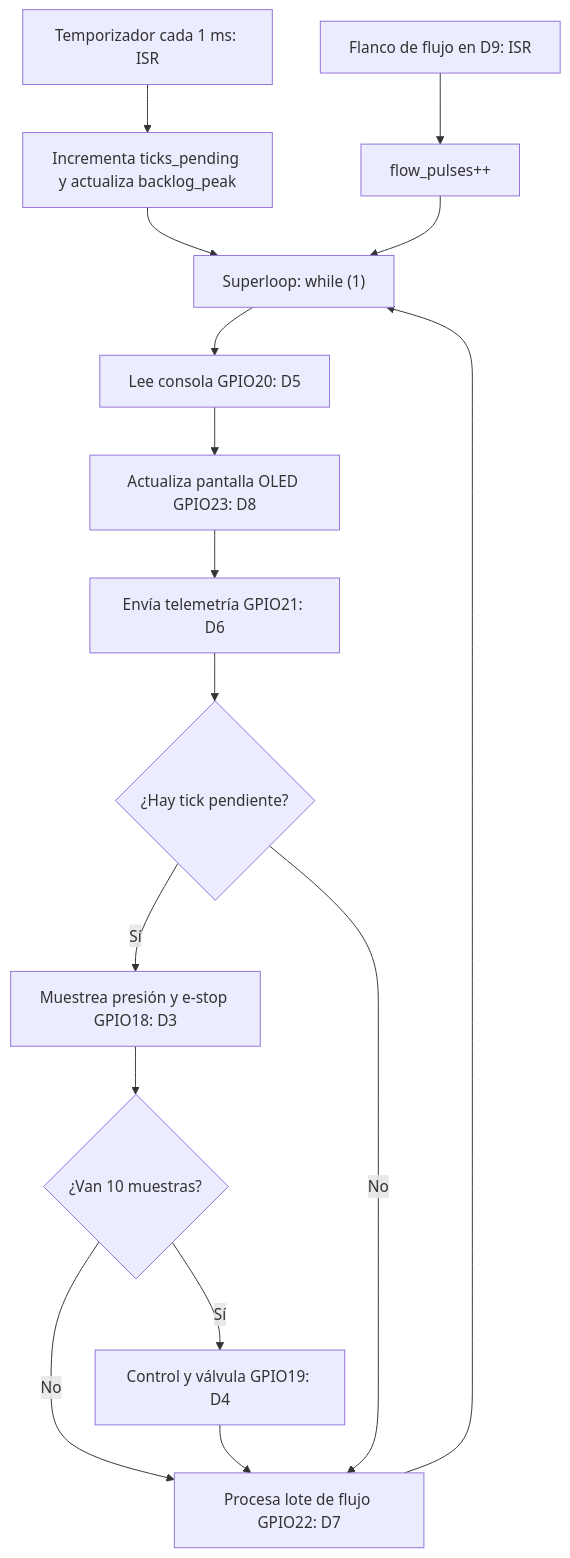
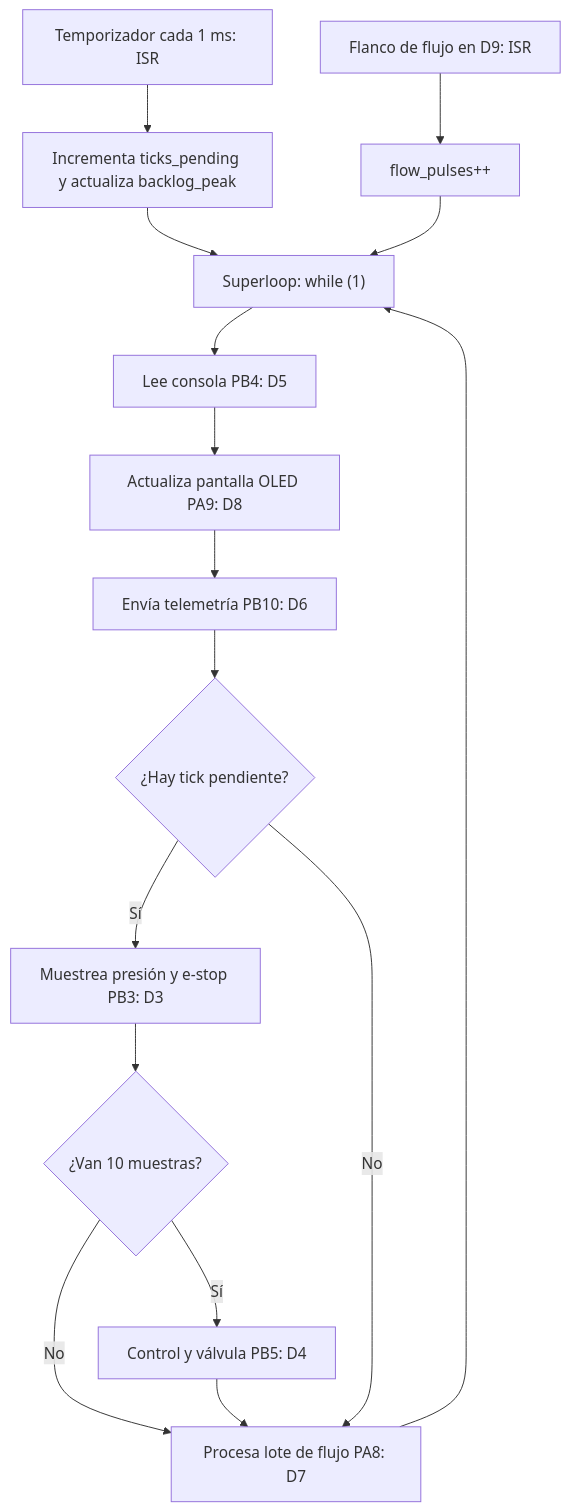
The diagram in Reportes/Lab01.md (Mariana-zy/4101137-real-time-systems), drawn with Mermaid before and after one commit.

````diff
--- a/Reportes/Lab01.md
+++ b/Reportes/Lab01.md
@@ -26,20 +26,20 @@
 ```mermaid
 flowchart TD
     T["Temporizador cada 1 ms: ISR"] --> P["Incrementa ticks_pending y actualiza backlog_peak"]
     F["Flanco de flujo en D9: ISR"] --> Q["flow_pulses++"]
     P --> L["Superloop: while (1)"]
     Q --> L
 
-    L --> C["Lee consola GPIO20: D5"]
-    C --> H["Actualiza pantalla OLED GPIO23: D8"]
-    H --> E["Envía telemetría GPIO21: D6"]
+    L --> C["Lee consola PB4: D5"]
+    C --> H["Actualiza pantalla OLED PA9: D8"]
+    H --> E["Envía telemetría PB10: D6"]
     E --> D{"¿Hay tick pendiente?"}
 
-    D -- Sí --> S["Muestrea presión y e-stop GPIO18: D3"]
+    D -- Sí --> S["Muestrea presión y e-stop PB3: D3"]
     S --> K{"¿Van 10 muestras?"}
-    K -- Sí --> R["Control y válvula GPIO19: D4"]
-    K -- No --> B["Procesa lote de flujo GPIO22: D7"]
+    K -- Sí --> R["Control y válvula PB5: D4"]
+    K -- No --> B["Procesa lote de flujo PA8: D7"]
     R --> B
     D -- No --> B
     B --> L
 ```
````
